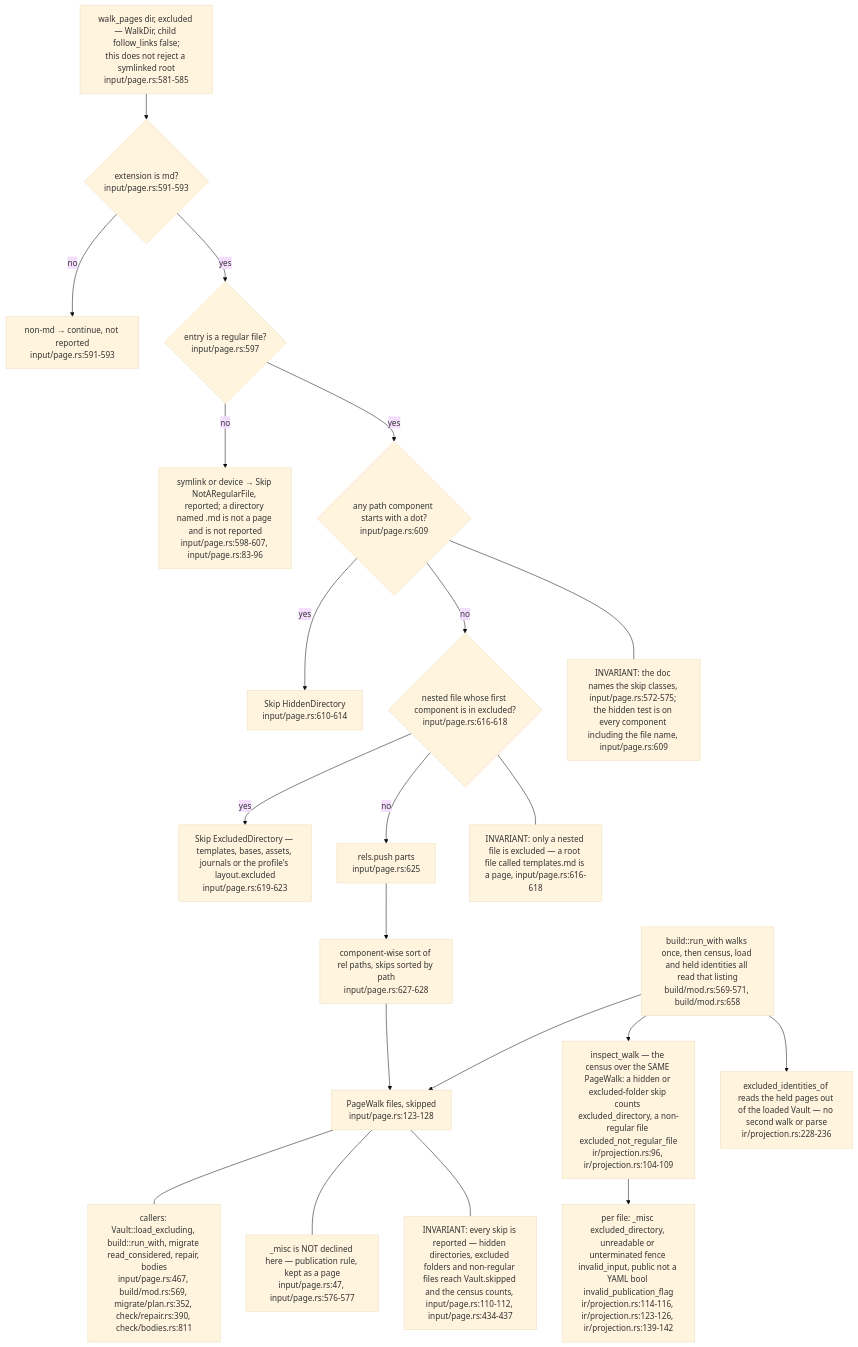
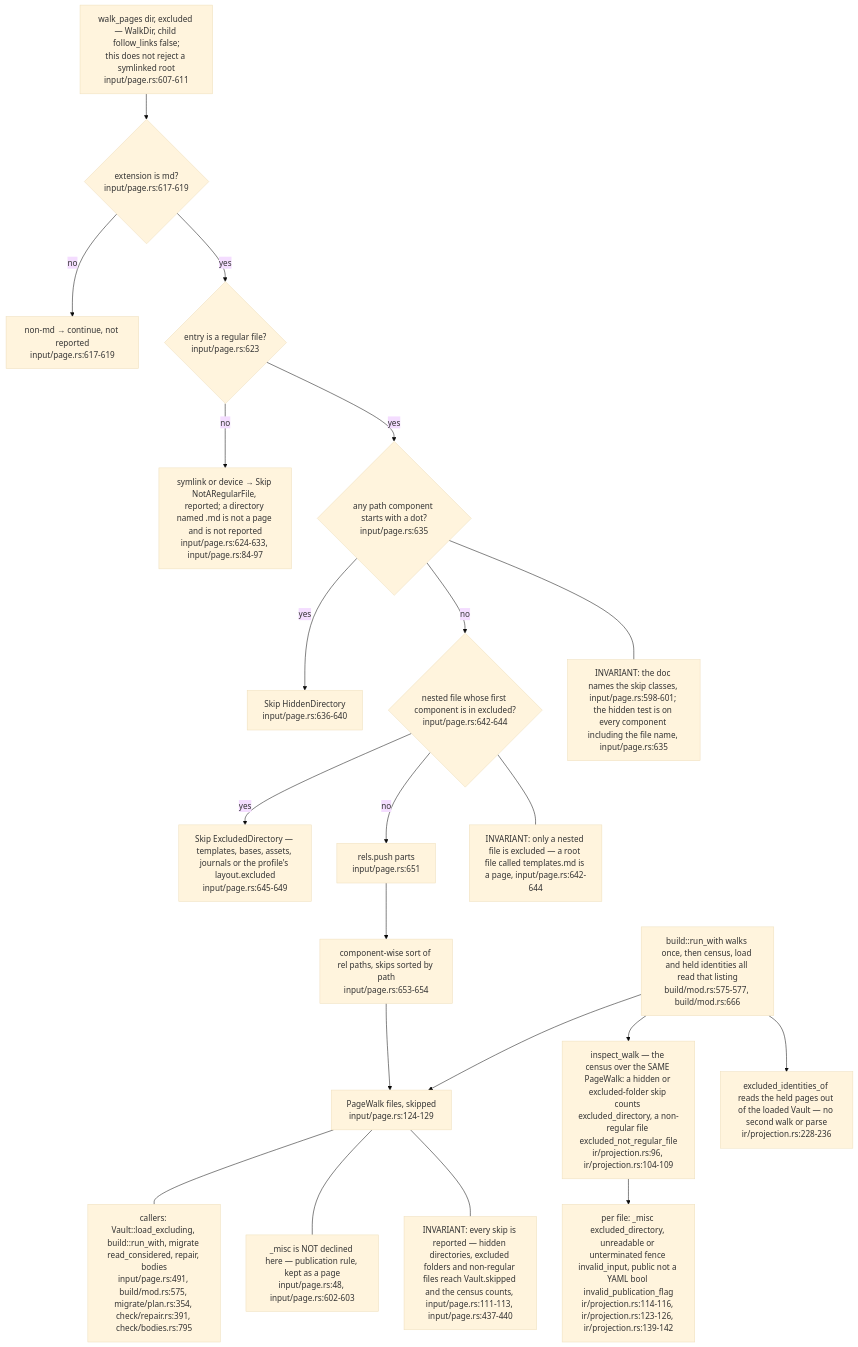
Before and after one commit to DreamLab-AI/VisionFlow: the second of 6 diagrams in docs/diagrams/ontomark/01-input-layer-vault-pages-and-gates.md, drawn with Mermaid (base theme). The commit also changed other lines of this file and 91 other files, not shown here.

````diff
--- a/docs/diagrams/ontomark/01-input-layer-vault-pages-and-gates.md
+++ b/docs/diagrams/ontomark/01-input-layer-vault-pages-and-gates.md
@@ -84,42 +90,42 @@
 ```mermaid
 flowchart TD
-    W["walk_pages dir, excluded — WalkDir, child follow_links false;<br/>this does not reject a symlinked root<br/>input/page.rs:581-585"]
-    ISMD{"extension is md?<br/>input/page.rs:591-593"}
-    DROPNONMD["non-md → continue, not reported<br/>input/page.rs:591-593"]
-    ISFILE{"entry is a regular file?<br/>input/page.rs:597"}
-    DROPSYM["symlink or device → Skip NotARegularFile, reported; a directory named .md is not a page and is not reported<br/>input/page.rs:598-607, input/page.rs:83-96"]
-    HIDDEN{"any path component starts with a dot?<br/>input/page.rs:609"}
-    SKIP["Skip HiddenDirectory<br/>input/page.rs:610-614"]
-    EXCL{"nested file whose first component is in excluded?<br/>input/page.rs:616-618"}
-    SKIPX["Skip ExcludedDirectory — templates, bases, assets, journals or the profile's layout.excluded<br/>input/page.rs:619-623"]
-    KEEP["rels.push parts<br/>input/page.rs:625"]
-    SORT["component-wise sort of rel paths, skips sorted by path<br/>input/page.rs:627-628"]
-    OUT["PageWalk files, skipped<br/>input/page.rs:123-128"]
+    W["walk_pages dir, excluded — WalkDir, child follow_links false;<br/>this does not reject a symlinked root<br/>input/page.rs:607-611"]
+    ISMD{"extension is md?<br/>input/page.rs:617-619"}
+    DROPNONMD["non-md → continue, not reported<br/>input/page.rs:617-619"]
+    ISFILE{"entry is a regular file?<br/>input/page.rs:623"}
+    DROPSYM["symlink or device → Skip NotARegularFile, reported; a directory named .md is not a page and is not reported<br/>input/page.rs:624-633, input/page.rs:84-97"]
+    HIDDEN{"any path component starts with a dot?<br/>input/page.rs:635"}
+    SKIP["Skip HiddenDirectory<br/>input/page.rs:636-640"]
+    EXCL{"nested file whose first component is in excluded?<br/>input/page.rs:642-644"}
+    SKIPX["Skip ExcludedDirectory — templates, bases, assets, journals or the profile's layout.excluded<br/>input/page.rs:645-649"]
+    KEEP["rels.push parts<br/>input/page.rs:651"]
+    SORT["component-wise sort of rel paths, skips sorted by path<br/>input/page.rs:653-654"]
+    OUT["PageWalk files, skipped<br/>input/page.rs:124-129"]
     W --> ISMD
     ISMD -- no --> DROPNONMD
     ISMD -- yes --> ISFILE
     ISFILE -- no --> DROPSYM
     ISFILE -- yes --> HIDDEN
     HIDDEN -- yes --> SKIP
     HIDDEN -- no --> EXCL
     EXCL -- yes --> SKIPX
     EXCL -- no --> KEEP
     KEEP --> SORT --> OUT
-    UNPUB["_misc is NOT declined here — publication rule, kept as a page<br/>input/page.rs:47, input/page.rs:576-577"]
-    CALLERS["callers: Vault::load_excluding, build::run_with, migrate read_considered, repair, bodies<br/>input/page.rs:467, build/mod.rs:569, migrate/plan.rs:352, check/repair.rs:390, check/bodies.rs:811"]
+    UNPUB["_misc is NOT declined here — publication rule, kept as a page<br/>input/page.rs:48, input/page.rs:602-603"]
+    CALLERS["callers: Vault::load_excluding, build::run_with, migrate read_considered, repair, bodies<br/>input/page.rs:491, build/mod.rs:575, migrate/plan.rs:354, check/repair.rs:391, check/bodies.rs:795"]
     CENSUS["inspect_walk — the census over the SAME PageWalk: a hidden or excluded-folder skip counts excluded_directory, a non-regular file excluded_not_regular_file<br/>ir/projection.rs:96, ir/projection.rs:104-109"]
     CENSUSF["per file: _misc excluded_directory, unreadable or unterminated fence invalid_input, public not a YAML bool invalid_publication_flag<br/>ir/projection.rs:114-116, ir/projection.rs:123-126, ir/projection.rs:139-142"]
     HELD["excluded_identities_of reads the held pages out of the loaded Vault — no second walk or parse<br/>ir/projection.rs:228-236"]
-    RUN["build::run_with walks once, then census, load and held identities all read that listing<br/>build/mod.rs:569-571, build/mod.rs:658"]
+    RUN["build::run_with walks once, then census, load and held identities all read that listing<br/>build/mod.rs:575-577, build/mod.rs:666"]
     OUT --- CALLERS
     OUT --- UNPUB
     RUN --> OUT
     RUN --> CENSUS --> CENSUSF
     RUN --> HELD
-    note1["INVARIANT: every skip is reported — hidden directories, excluded folders and non-regular files reach Vault.skipped and the census counts, input/page.rs:110-112, input/page.rs:434-437"]
-    note2["INVARIANT: the doc names the skip classes, input/page.rs:572-575; the hidden test is on every component including the file name, input/page.rs:609"]
-    note3["INVARIANT: only a nested file is excluded — a root file called templates.md is a page, input/page.rs:616-618"]
+    note1["INVARIANT: every skip is reported — hidden directories, excluded folders and non-regular files reach Vault.skipped and the census counts, input/page.rs:111-113, input/page.rs:437-440"]
+    note2["INVARIANT: the doc names the skip classes, input/page.rs:598-601; the hidden test is on every component including the file name, input/page.rs:635"]
+    note3["INVARIANT: only a nested file is excluded — a root file called templates.md is a page, input/page.rs:642-644"]
     OUT --- note1
     HIDDEN --- note2
     EXCL --- note3
 ```
````
